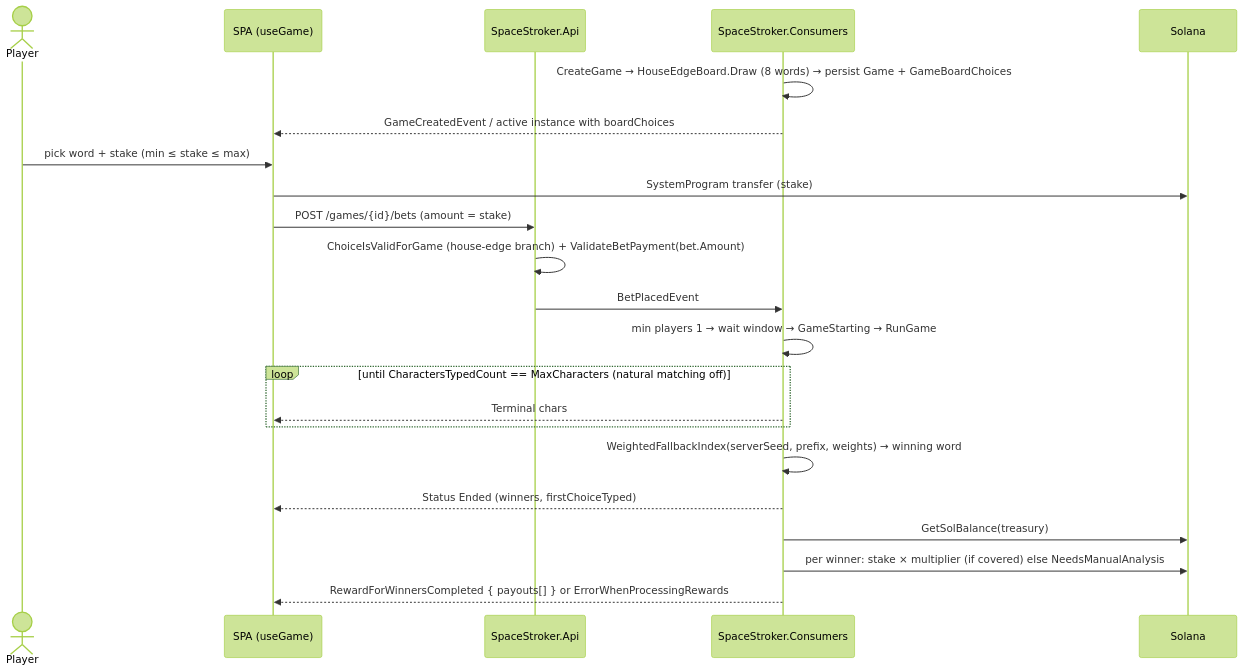
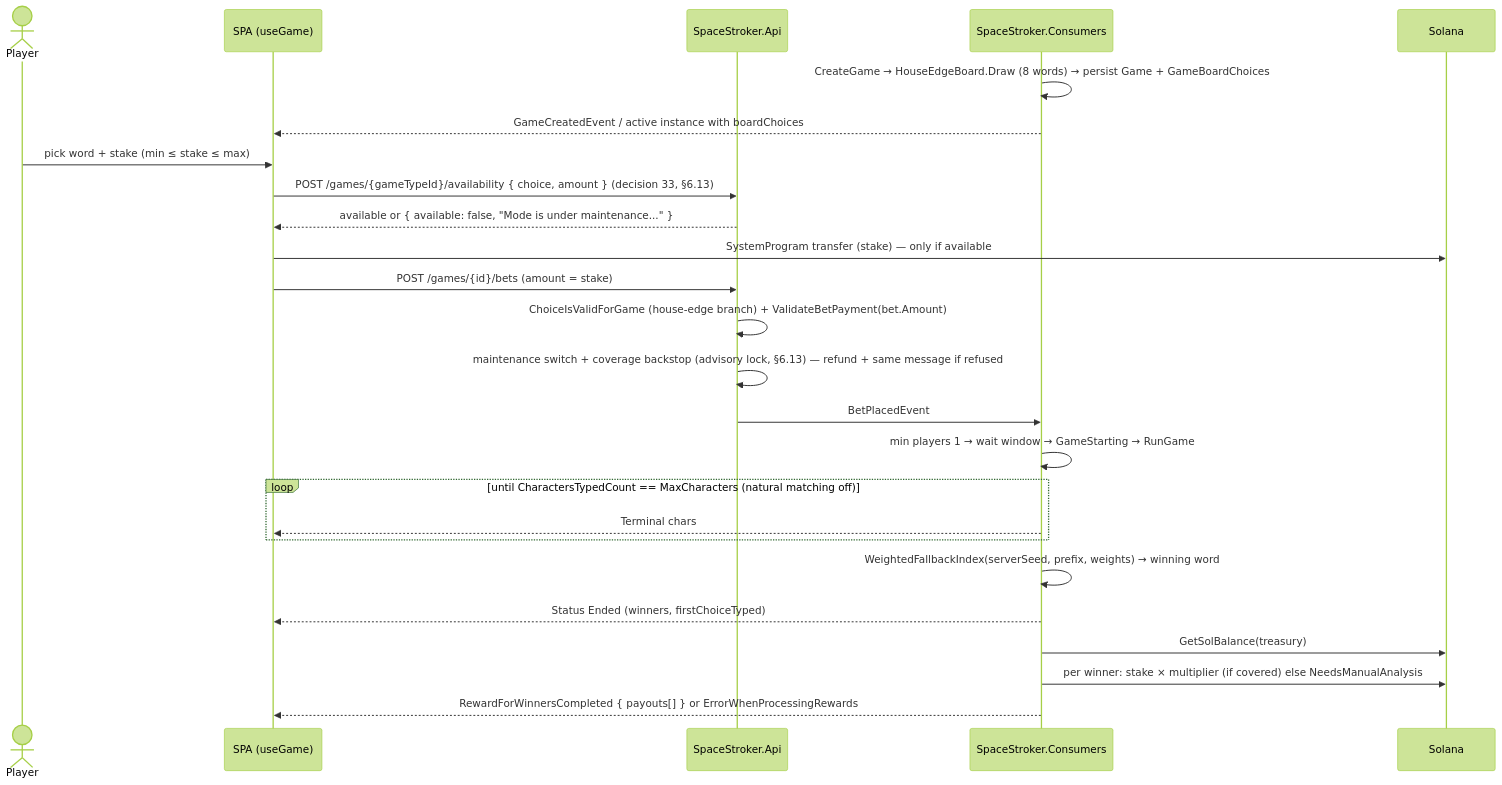
One commit to marcusruas/monkify-meta changed the second of 3 diagrams in specs/hyper-roll.md. Above: the diagram before and after it, drawn with Mermaid (forest theme). The commit also changed other lines of this file and 1 other file, not shown here.

First line of the commit message:
Record decision 33 (maintenance switch + treasury coverage) for Hyper Roll

````diff
--- a/specs/hyper-roll.md
+++ b/specs/hyper-roll.md
@@ -845,25 +965,28 @@
 ```mermaid
 sequenceDiagram
     actor P as Player
     participant FE as SPA (useGame)
     participant API as SpaceStroker.Api
     participant C as SpaceStroker.Consumers
     participant SOL as Solana
 
     C->>C: CreateGame → HouseEdgeBoard.Draw (8 words) → persist Game + GameBoardChoices
     C-->>FE: GameCreatedEvent / active instance with boardChoices
     P->>FE: pick word + stake (min ≤ stake ≤ max)
-    FE->>SOL: SystemProgram transfer (stake)
+    FE->>API: POST /games/{gameTypeId}/availability { choice, amount } (decision 33, §6.13)
+    API-->>FE: available or { available: false, "Mode is under maintenance..." }
+    FE->>SOL: SystemProgram transfer (stake) — only if available
     FE->>API: POST /games/{id}/bets (amount = stake)
     API->>API: ChoiceIsValidForGame (house-edge branch) + ValidateBetPayment(bet.Amount)
+    API->>API: maintenance switch + coverage backstop (advisory lock, §6.13) — refund + same message if refused
     API->>C: BetPlacedEvent
     C->>C: min players 1 → wait window → GameStarting → RunGame
     loop until CharactersTypedCount == MaxCharacters (natural matching off)
         C-->>FE: Terminal chars
     end
     C->>C: WeightedFallbackIndex(serverSeed, prefix, weights) → winning word
     C-->>FE: Status Ended (winners, firstChoiceTyped)
     C->>SOL: GetSolBalance(treasury)
     C->>SOL: per winner: stake × multiplier (if covered) else NeedsManualAnalysis
     C-->>FE: RewardForWinnersCompleted { payouts[] } or ErrorWhenProcessingRewards
 ```
````
